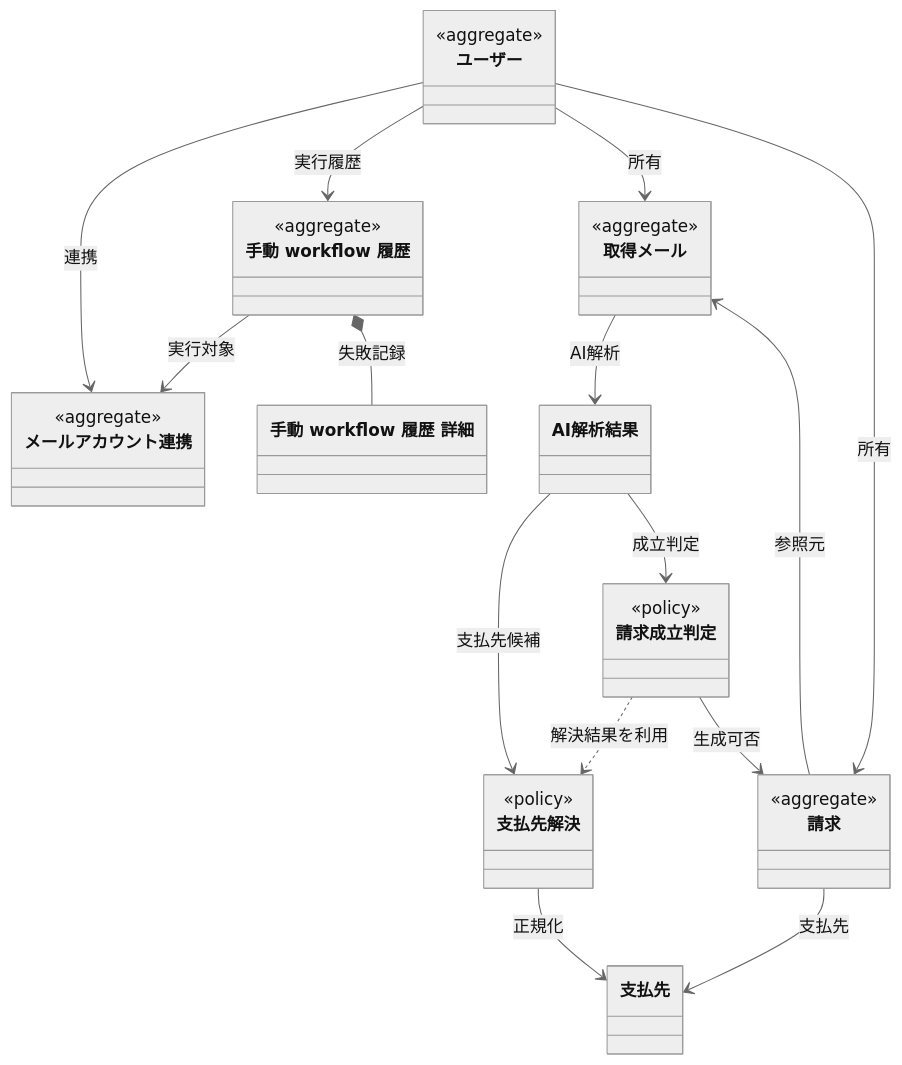
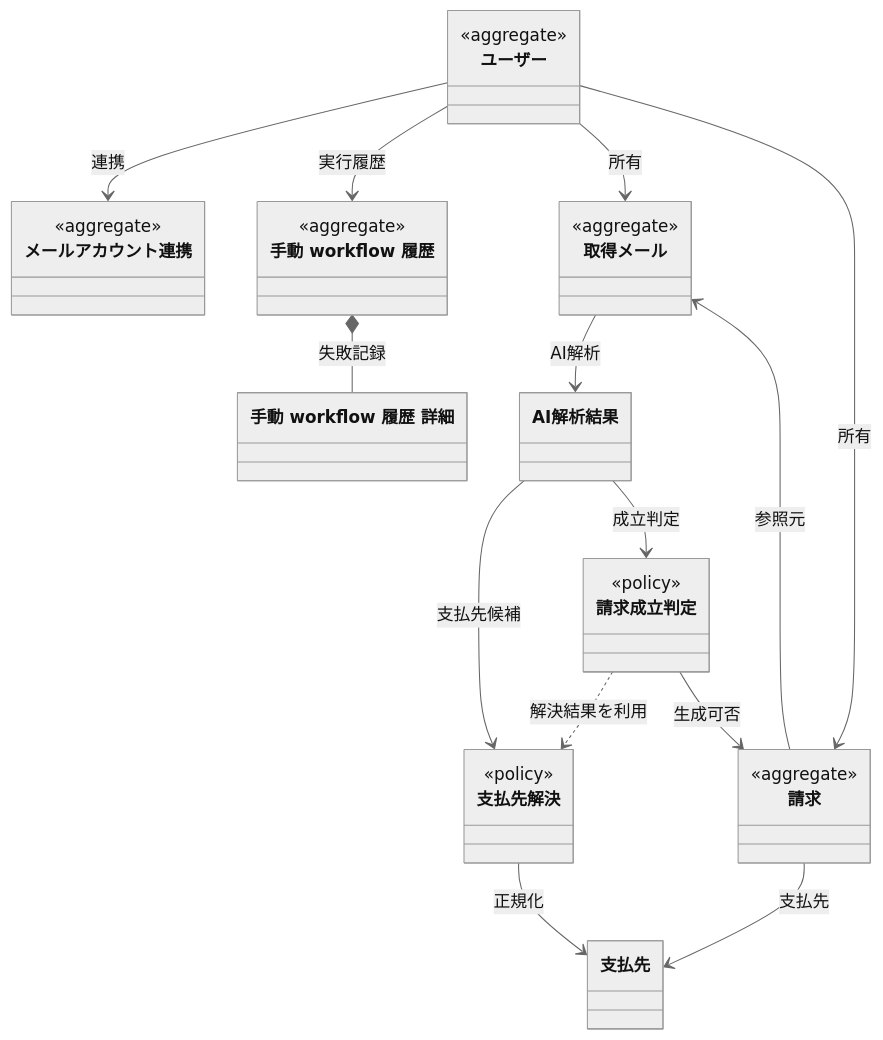
One commit to shrimptails-f/billingrse_backend changed the second of 2 diagrams in README.md. Above: the diagram before and after it, drawn with Mermaid (neutral theme).

Commit message:
Remove relationship from ManualMailWorkflowHistory to MailAccountConnection
Removed the relationship between ManualMailWorkflowHistory and MailAccountConnection.

````diff
--- a/README.md
+++ b/README.md
@@ -140,38 +140,37 @@
 ```mermaid
 classDiagram
   class User["ユーザー"]
   class MailAccountConnection["メールアカウント連携"]
   class ManualMailWorkflowHistory["手動 workflow 履歴"]
   class ManualMailWorkflowFailure["手動 workflow 履歴 詳細"]
   class Email["取得メール"]
   class ParsedEmail["AI解析結果"]
   class VendorResolution["支払先解決"]
   class BillingEligibility["請求成立判定"]
   class Vendor["支払先"]
   class Billing["請求"]
 
   <<aggregate>> User
   <<aggregate>> MailAccountConnection
   <<aggregate>> ManualMailWorkflowHistory
   <<aggregate>> Email
   <<aggregate>> Billing
   <<policy>> VendorResolution
   <<policy>> BillingEligibility
 
   User --> MailAccountConnection : 連携
   User --> ManualMailWorkflowHistory : 実行履歴
   User --> Email : 所有
   User --> Billing : 所有
 
-  ManualMailWorkflowHistory --> MailAccountConnection : 実行対象
   ManualMailWorkflowHistory *-- ManualMailWorkflowFailure : 失敗記録
 
   Email --> ParsedEmail : AI解析
   ParsedEmail --> VendorResolution : 支払先候補
   VendorResolution --> Vendor : 正規化
   ParsedEmail --> BillingEligibility : 成立判定
   BillingEligibility ..> VendorResolution : 解決結果を利用
   BillingEligibility --> Billing : 生成可否
   Billing --> Vendor : 支払先
   Billing --> Email : 参照元
 ```
````
